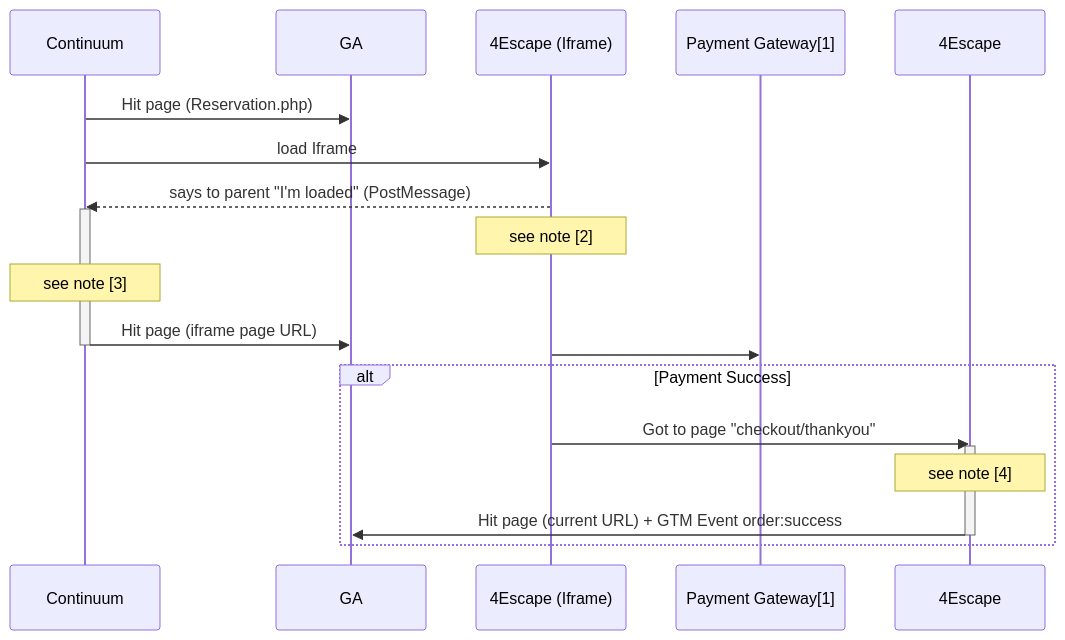
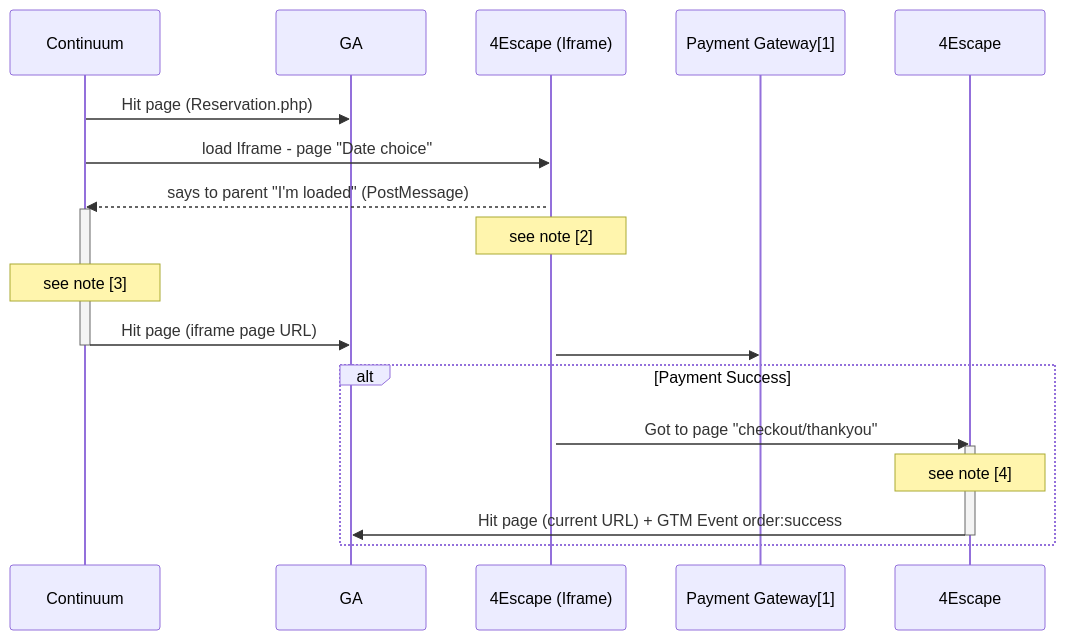
The diagram in doc/continuum/Sequence-session.md (NansPellicari/stackEdit), drawn with Mermaid before and after one commit. The commit also changed other lines of this file, not shown here.

Commit message:
doc/continuum/Sequence-session.md updated from https://stackedit.io/

````diff
--- a/doc/continuum/Sequence-session.md
+++ b/doc/continuum/Sequence-session.md
@@ -1,19 +1,20 @@
 ```mermaid
 sequenceDiagram
 Continuum->>GA: Hit page (Reservation.php) 
-Continuum->>4Escape (Iframe): load Iframe 
+Continuum->>4Escape (Iframe): load Iframe - page "Date choice"
+activate 4Escape (Iframe)
 4Escape (Iframe)-->>Continuum: says to parent "I'm loaded" (PostMessage)
 activate Continuum
 Note over 4Escape (Iframe): see note  [2]
 Note over Continuum: see note [3]
 Continuum->>GA: Hit page (iframe page URL)
 deactivate Continuum
 4Escape (Iframe)->>Payment Gateway[1]: 
 alt Payment Success
 	4Escape (Iframe)->>4Escape: Got to page "checkout/thankyou"
 	activate 4Escape
 	Note over 4Escape: see note [4]
 	4Escape->>GA: Hit page (current URL) + GTM Event order:success
 	deactivate 4Escape
 end
 ```
````
